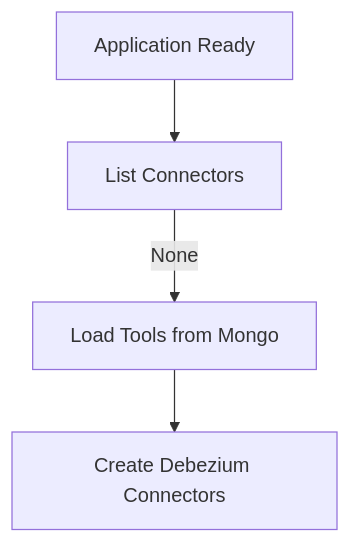
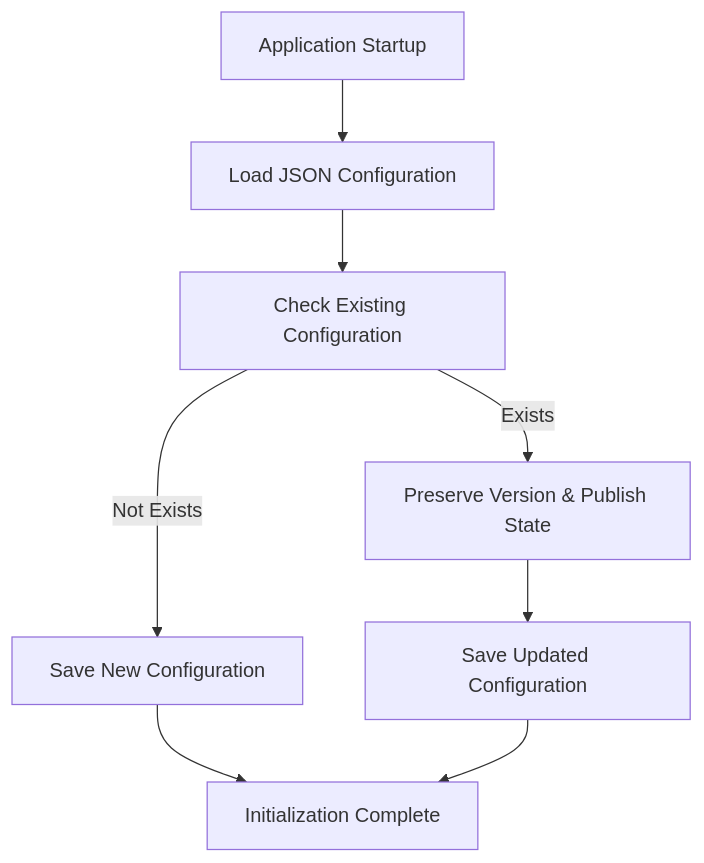
One commit to Praesto-Pro/openframe-oss-tenant changed the fifth of 8 diagrams in docs/architecture/management-service-core/management-service-core.md. Above: the diagram before and after it, drawn with Mermaid. The commit also changed other lines of this file and 149 other files, not shown here.

````diff
--- a/docs/architecture/management-service-core/management-service-core.md
+++ b/docs/architecture/management-service-core/management-service-core.md
@@ -178,6 +233,10 @@
 ```mermaid
 flowchart TD
-    Start["Application Ready"] --> Check["List Connectors"]
-    Check -->|"None"| Load["Load Tools from Mongo"]
-    Load --> Create["Create Debezium Connectors"]
+    Start["Application Startup"] --> Load["Load JSON Configuration"]
+    Load --> Check["Check Existing Configuration"]
+    Check -->|"Exists"| Preserve["Preserve Version & Publish State"]
+    Check -->|"Not Exists"| SaveNew["Save New Configuration"]
+    Preserve --> SaveUpdated["Save Updated Configuration"]
+    SaveNew --> End["Initialization Complete"]
+    SaveUpdated --> End
 ```
````
